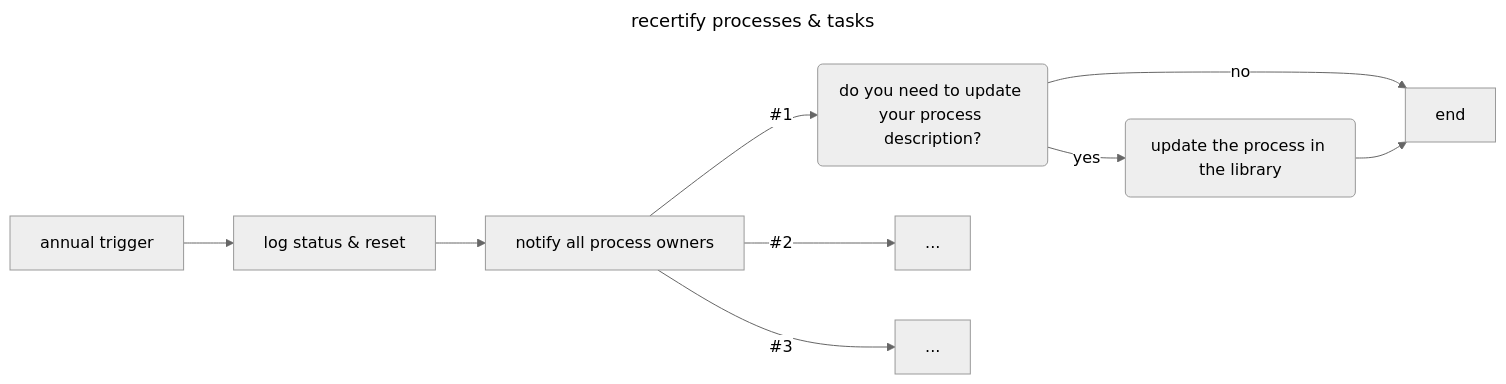
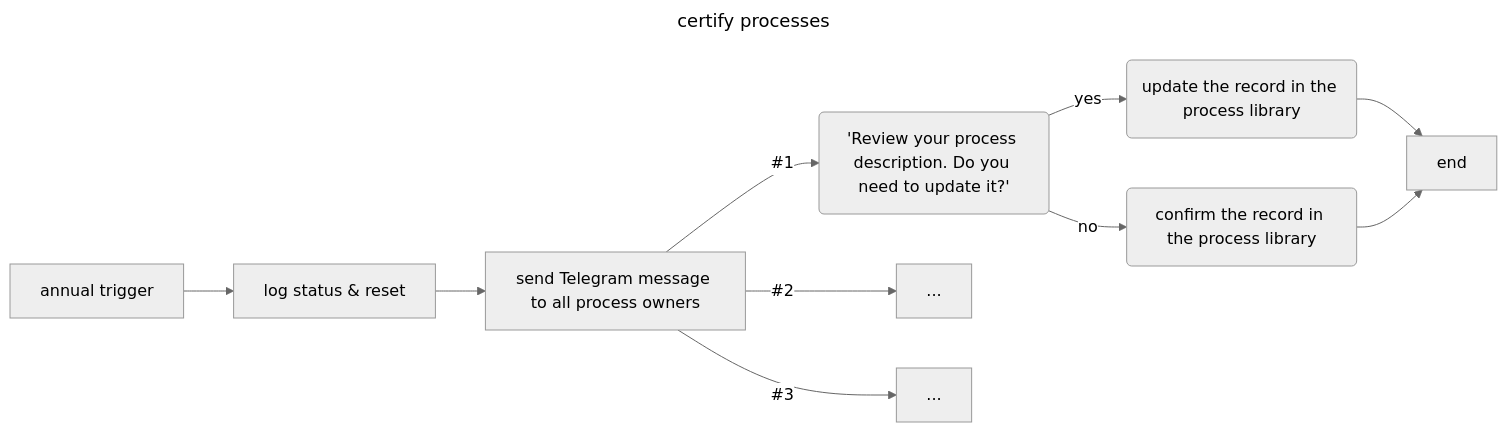
One commit to khaldoun-xyz/standard changed the first of 4 diagrams in docs/processes.md. Above: the diagram before and after it, drawn with Mermaid (neutral theme). The commit also changed other lines of this file, not shown here.

```diff
--- a/docs/processes.md
+++ b/docs/processes.md
@@ -50,14 +51,15 @@
 ~~~mermaid
 ---
-title: recertify processes & tasks
+title: certify processes
 ---
 flowchart LR
   A[annual trigger] --> B[log status & reset]
-  B --> C[notify all process owners]
-  C --> |#1| D(do you need to update your process description?)
+  B --> C[send Telegram message to all process owners]
+  C --> |#1| D('Review your process description. Do you need to update it?')
   C --> |#2| E[...]
   C --> |#3| F[...]
-  D --> |yes| G(update the process in the library)
-  D --> |no| H[end]
-  G --> H
+  D --> |yes| G(update the record in the process library)
+  D --> |no| H(confirm the record in the process library)
+  G --> I[end]
+  H --> I
 ~~~
```
